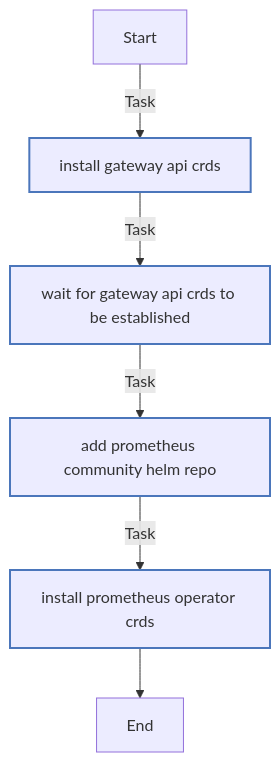
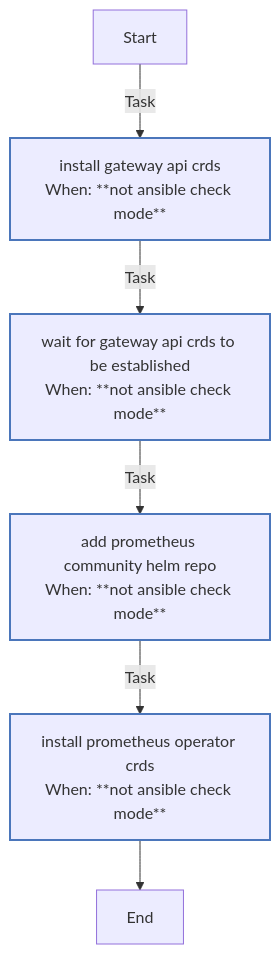
The diagram in roles/crds_bootstrap/README.md (rou-cru/k3s-homelab), drawn with Mermaid before and after one commit. The commit also changed other lines of this file and 23 other files, not shown here.

````diff
--- a/roles/crds_bootstrap/README.md
+++ b/roles/crds_bootstrap/README.md
@@ -98,18 +98,18 @@
 ```mermaid
 flowchart TD
 Start
 classDef block stroke:#3498db,stroke-width:2px;
 classDef task stroke:#4b76bb,stroke-width:2px;
 classDef includeTasks stroke:#16a085,stroke-width:2px;
 classDef importTasks stroke:#34495e,stroke-width:2px;
 classDef includeRole stroke:#2980b9,stroke-width:2px;
 classDef importRole stroke:#699ba7,stroke-width:2px;
 classDef includeVars stroke:#8e44ad,stroke-width:2px;
 classDef rescue stroke:#665352,stroke-width:2px;
 
-  Start-->|Task| Install_Gateway_API_CRDs0[install gateway api crds]:::task
-  Install_Gateway_API_CRDs0-->|Task| Wait_for_Gateway_API_CRDs_to_be_established1[wait for gateway api crds to be established]:::task
-  Wait_for_Gateway_API_CRDs_to_be_established1-->|Task| Add_Prometheus_Community_Helm_repo2[add prometheus community helm repo]:::task
-  Add_Prometheus_Community_Helm_repo2-->|Task| Install_Prometheus_Operator_CRDs3[install prometheus operator crds]:::task
+  Start-->|Task| Install_Gateway_API_CRDs0[install gateway api crds<br>When: **not ansible check mode**]:::task
+  Install_Gateway_API_CRDs0-->|Task| Wait_for_Gateway_API_CRDs_to_be_established1[wait for gateway api crds to be established<br>When: **not ansible check mode**]:::task
+  Wait_for_Gateway_API_CRDs_to_be_established1-->|Task| Add_Prometheus_Community_Helm_repo2[add prometheus community helm repo<br>When: **not ansible check mode**]:::task
+  Add_Prometheus_Community_Helm_repo2-->|Task| Install_Prometheus_Operator_CRDs3[install prometheus operator crds<br>When: **not ansible check mode**]:::task
   Install_Prometheus_Operator_CRDs3-->End
 ```
````
